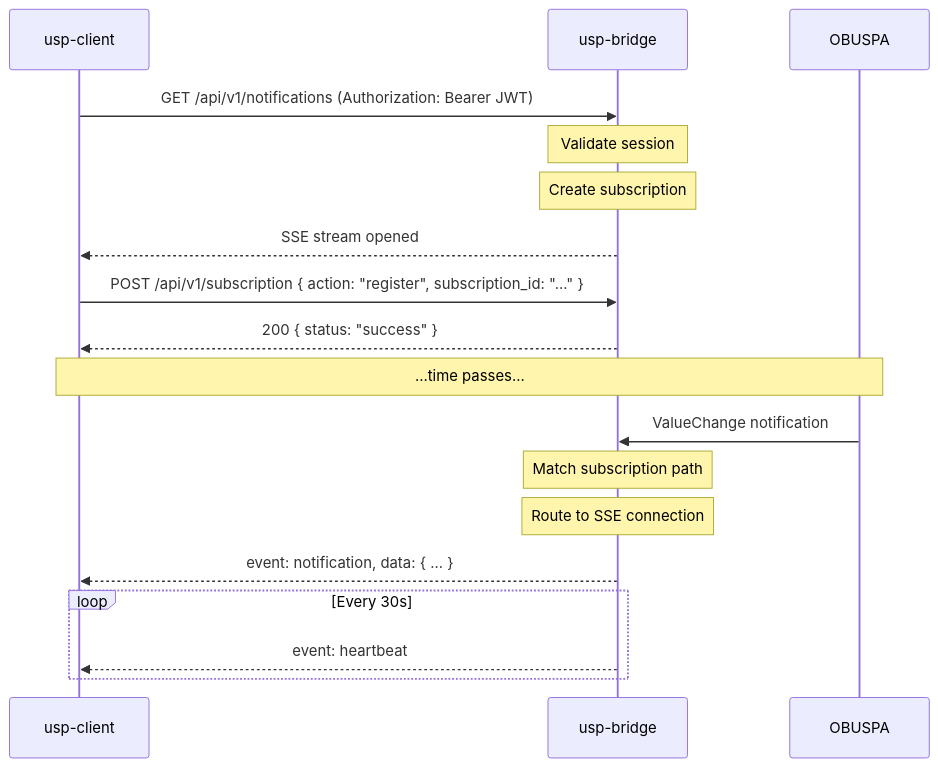
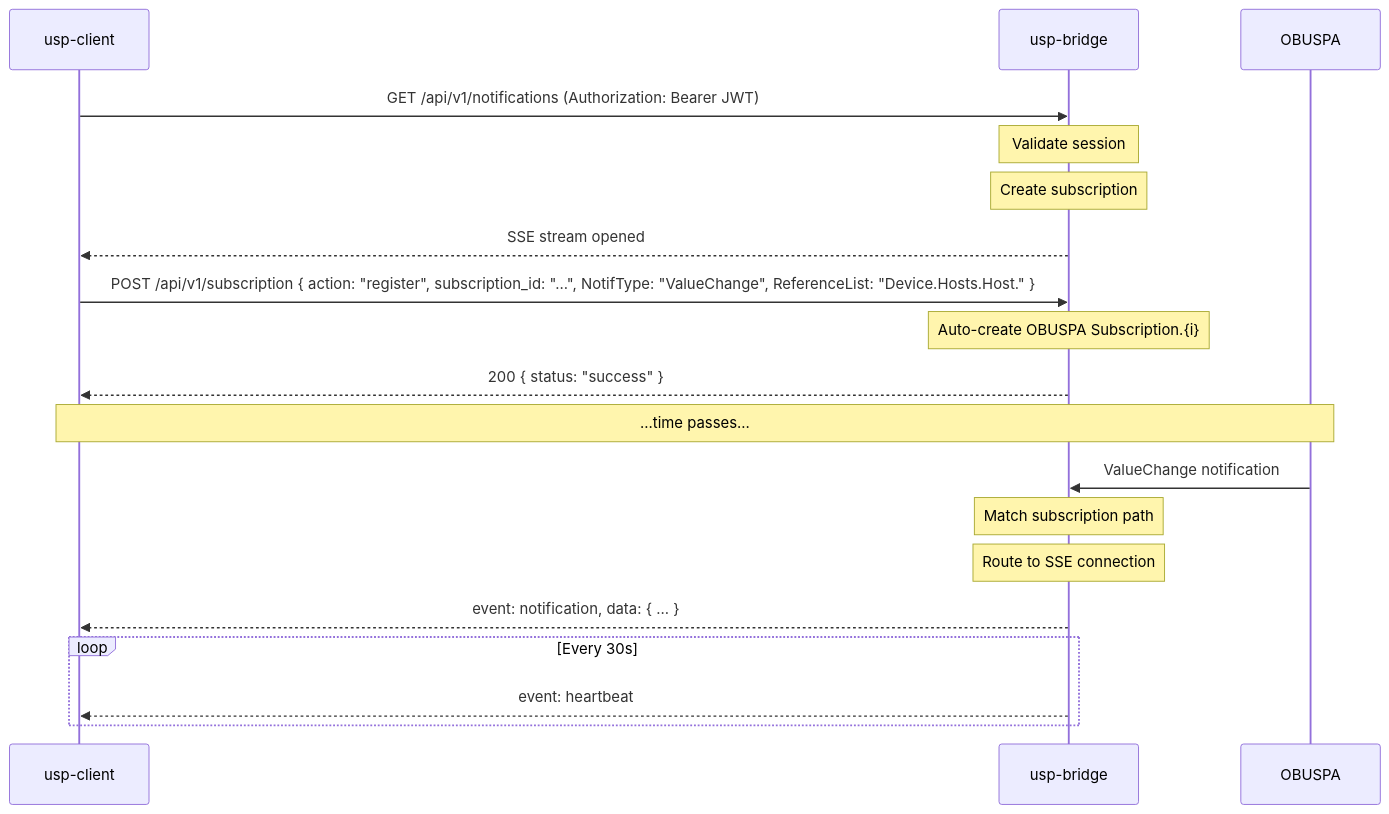
One commit to linksys/PrivacyGUI changed the fifth of 6 diagrams in doc/usp/router/USP-CLIENT_USP-BRIDGE_ARCHITECTURE.md. Above: the diagram before and after it, drawn with Mermaid. The commit also changed other lines of this file and 13 other files, not shown here.

````diff
--- a/doc/usp/router/USP-CLIENT_USP-BRIDGE_ARCHITECTURE.md
+++ b/doc/usp/router/USP-CLIENT_USP-BRIDGE_ARCHITECTURE.md
@@ -377,25 +377,26 @@
 ```mermaid
 sequenceDiagram
     participant Client as usp-client
     participant Bridge as usp-bridge
     participant Agent as OBUSPA
 
     Client->>Bridge: GET /api/v1/notifications (Authorization: Bearer JWT)
     Note over Bridge: Validate session
     Note over Bridge: Create subscription
     Bridge-->>Client: SSE stream opened
 
-    Client->>Bridge: POST /api/v1/subscription { action: "register", subscription_id: "..." }
+    Client->>Bridge: POST /api/v1/subscription { action: "register", subscription_id: "...", NotifType: "ValueChange", ReferenceList: "Device.Hosts.Host." }
+    Note over Bridge: Auto-create OBUSPA Subscription.{i}
     Bridge-->>Client: 200 { status: "success" }
 
     Note over Client, Agent: ...time passes...
 
     Agent->>Bridge: ValueChange notification
     Note over Bridge: Match subscription path
     Note over Bridge: Route to SSE connection
     Bridge-->>Client: event: notification, data: { ... }
 
     loop Every 30s
         Bridge-->>Client: event: heartbeat
     end
 ```
````
